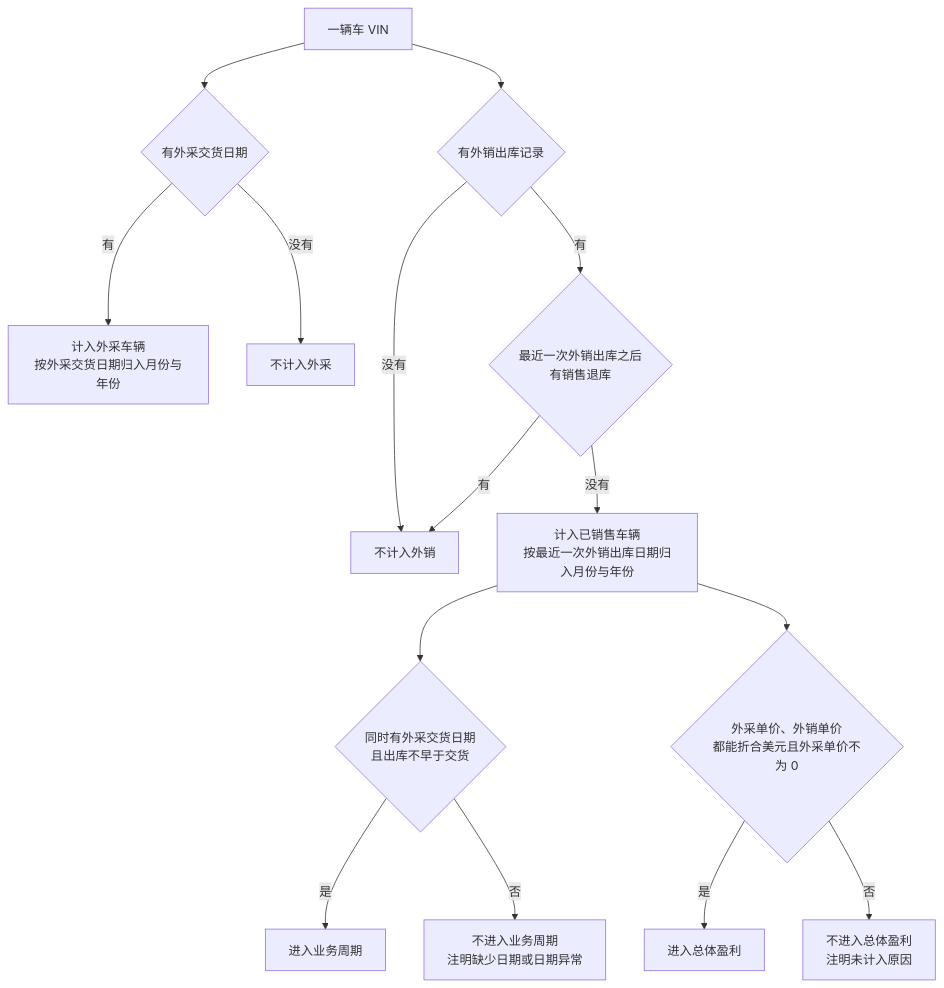
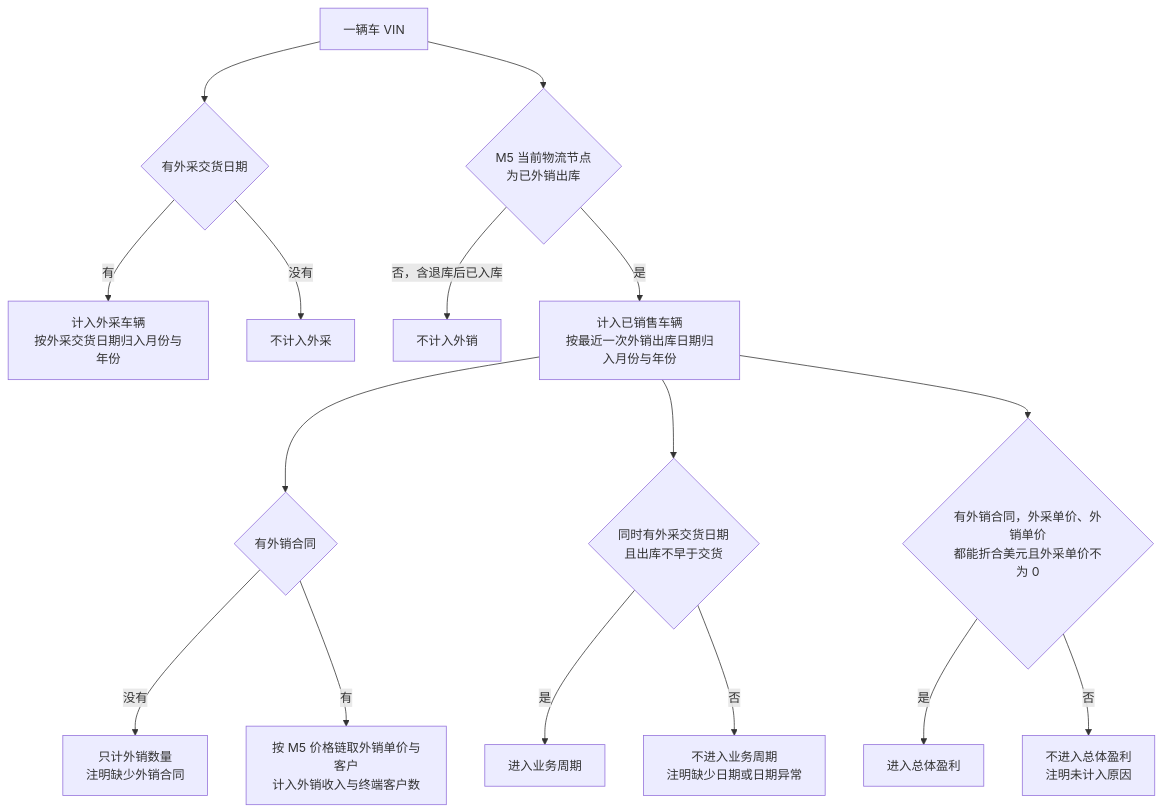
The second of 3 diagrams in asset-trust-platform/PRD/运营端/M17-运营端首页/02-运营端首页-流程图与状态机.md (wxblockchain/Chain-Financing), drawn with Mermaid before and after one commit. The commit also changed other lines of this file and 3 other files, not shown here.

````diff
--- a/asset-trust-platform/PRD/运营端/M17-运营端首页/02-运营端首页-流程图与状态机.md
+++ b/asset-trust-platform/PRD/运营端/M17-运营端首页/02-运营端首页-流程图与状态机.md
@@ -44,17 +44,18 @@
 ```mermaid
 flowchart TD
     A[一辆车 VIN] --> B{有外采交货日期}
     B -->|有| C[计入外采车辆<br/>按外采交货日期归入月份与年份]
     B -->|没有| D[不计入外采]
-    A --> E{有外销出库记录}
-    E -->|没有| F[不计入外销]
-    E -->|有| G{最近一次外销出库之后<br/>有销售退库}
-    G -->|有| F
-    G -->|没有| H[计入已销售车辆<br/>按最近一次外销出库日期归入月份与年份]
+    A --> E{M5 当前物流节点<br/>为已外销出库}
+    E -->|否，含退库后已入库| F[不计入外销]
+    E -->|是| H[计入已销售车辆<br/>按最近一次外销出库日期归入月份与年份]
+    H --> G{有外销合同}
+    G -->|没有| G2[只计外销数量<br/>注明缺少外销合同]
+    G -->|有| G3[按 M5 价格链取外销单价与客户<br/>计入外销收入与终端客户数]
     H --> I{同时有外采交货日期<br/>且出库不早于交货}
     I -->|是| J[进入业务周期]
     I -->|否| K[不进入业务周期<br/>注明缺少日期或日期异常]
-    H --> L{外采单价、外销单价<br/>都能折合美元且外采单价不为 0}
+    H --> L{有外销合同，外采单价、外销单价<br/>都能折合美元且外采单价不为 0}
     L -->|是| M[进入总体盈利]
     L -->|否| N[不进入总体盈利<br/>注明未计入原因]
 ```
````
